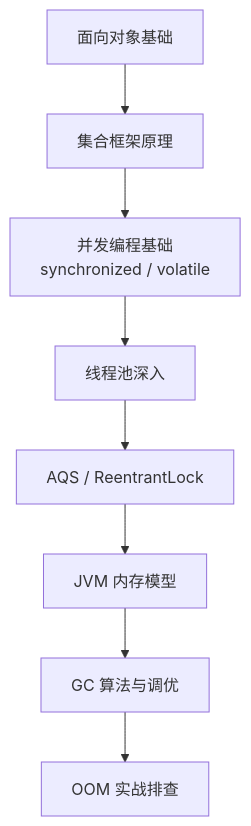
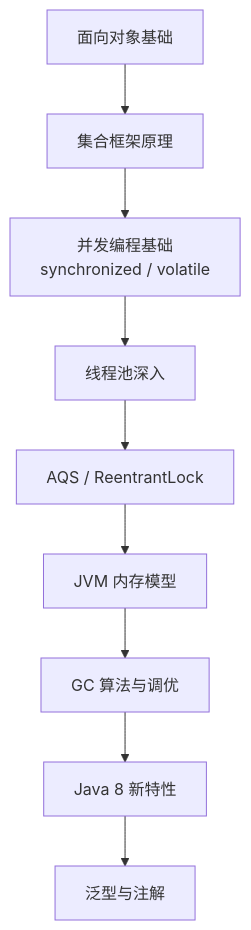
The second of 2 diagrams in docs/01-java-basic/00-Java基础与JVM概览.md (b1tzer/b1tzer.github.io), drawn with Mermaid before and after one commit. The commit also changed other lines of this file, not shown here.

Commit message:
优化 Java 介绍

````diff
--- a/docs/01-java-basic/00-Java基础与JVM概览.md
+++ b/docs/01-java-basic/00-Java基础与JVM概览.md
@@ -410,11 +98,11 @@
 ```mermaid
 flowchart TD
-    A[面向对象基础]
-    --> B[集合框架原理]
-    --> C["并发编程基础<br>synchronized / volatile"]
-    --> D[线程池深入]
-    --> E[AQS / ReentrantLock]
-    --> F[JVM 内存模型]
-    --> G[GC 算法与调优]
-    --> H[OOM 实战排查]
+    A[面向对象基础] --> B[集合框架原理]
+    B --> C["并发编程基础<br>synchronized / volatile"]
+    C --> D[线程池深入]
+    D --> E[AQS / ReentrantLock]
+    E --> F[JVM 内存模型]
+    F --> G[GC 算法与调优]
+    G --> H[Java 8 新特性]
+    H --> I[泛型与注解]
 ```
````
